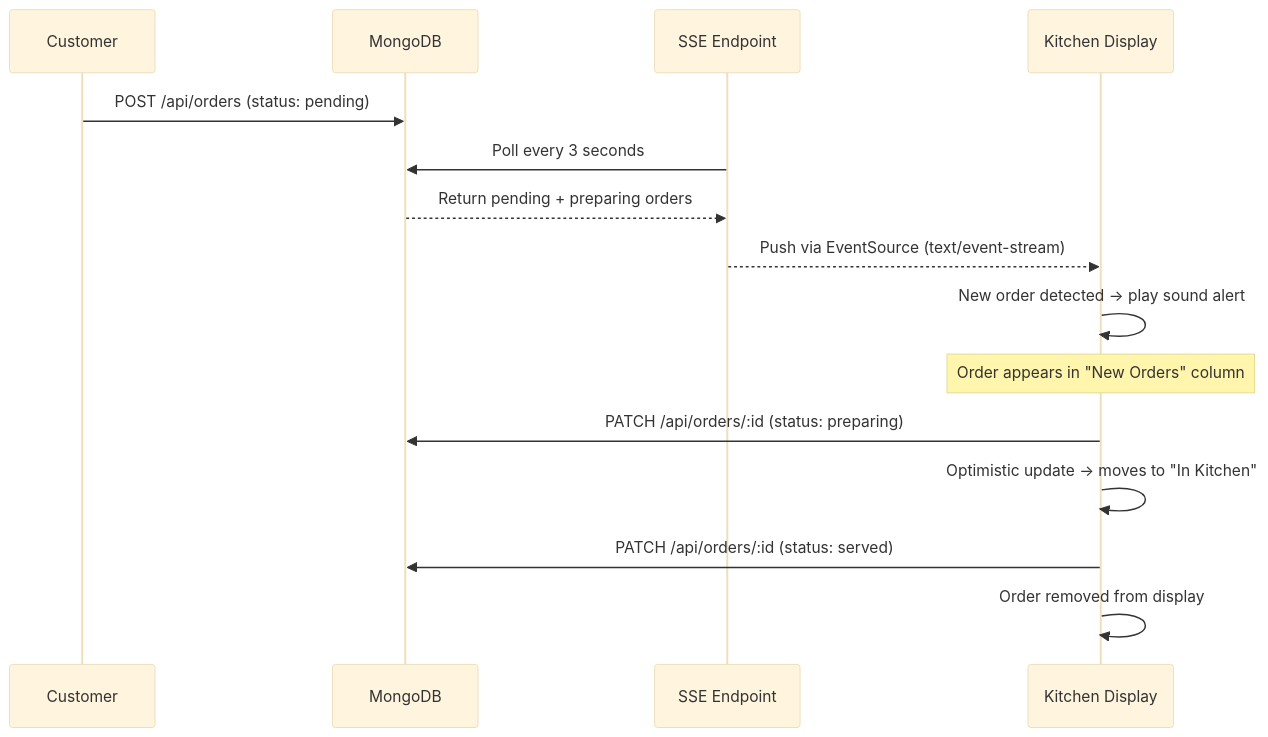
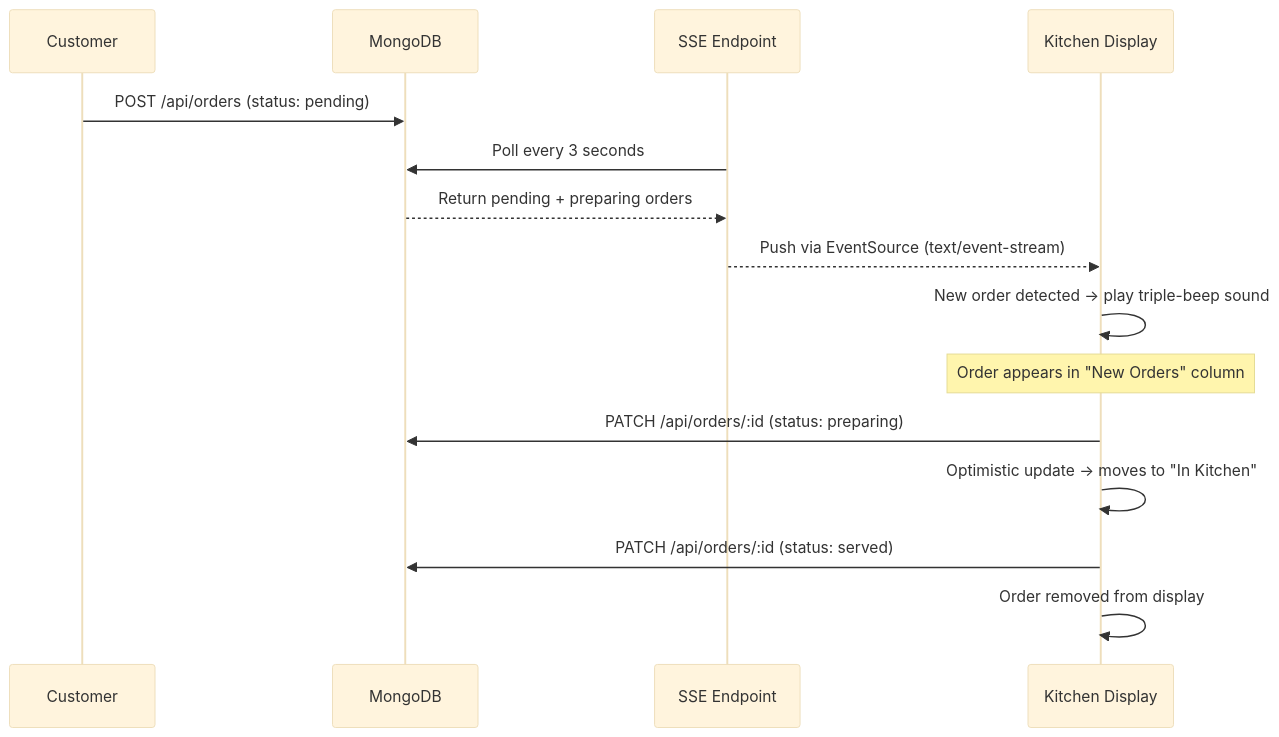
Before and after one commit to milliondreamsblog/Bawarchi: the second of 2 diagrams in README.md, drawn with Mermaid (base theme). The commit also changed other lines of this file, not shown here.

First line of the commit message:
docs: update README with all 6 phases — PWA, NL Cart, Dietary Filters, Feedback, Analytics, KDS

````diff
--- a/README.md
+++ b/README.md
@@ -70,18 +84,18 @@
 ```mermaid
 sequenceDiagram
     participant C as Customer
     participant DB as MongoDB
     participant SSE as SSE Endpoint
     participant KDS as Kitchen Display
 
     C->>DB: POST /api/orders (status: pending)
     SSE->>DB: Poll every 3 seconds
     DB-->>SSE: Return pending + preparing orders
     SSE-->>KDS: Push via EventSource (text/event-stream)
-    KDS->>KDS: New order detected → play sound alert
+    KDS->>KDS: New order detected → play triple-beep sound
     Note over KDS: Order appears in "New Orders" column
     KDS->>DB: PATCH /api/orders/:id (status: preparing)
     KDS->>KDS: Optimistic update → moves to "In Kitchen"
     KDS->>DB: PATCH /api/orders/:id (status: served)
     KDS->>KDS: Order removed from display
 ```
````
